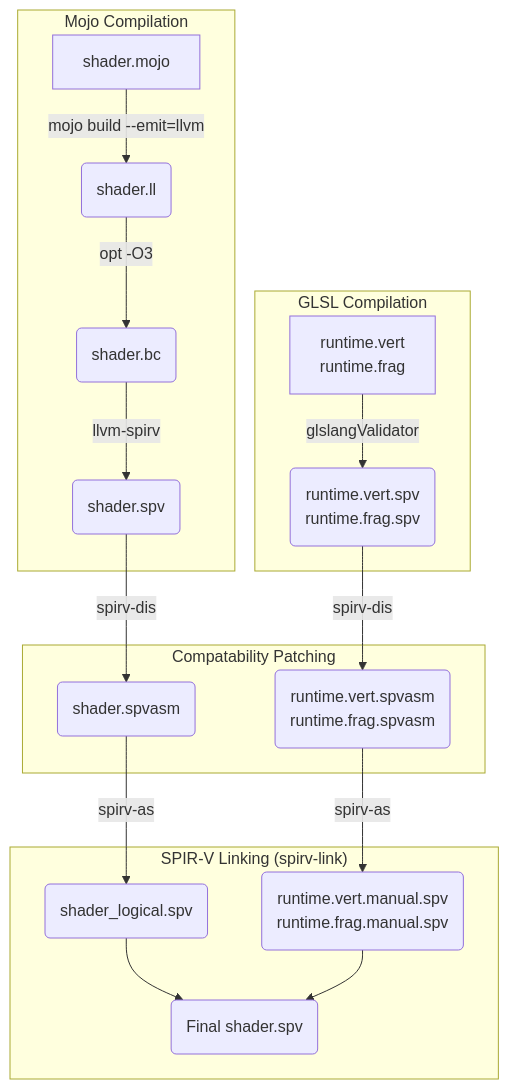
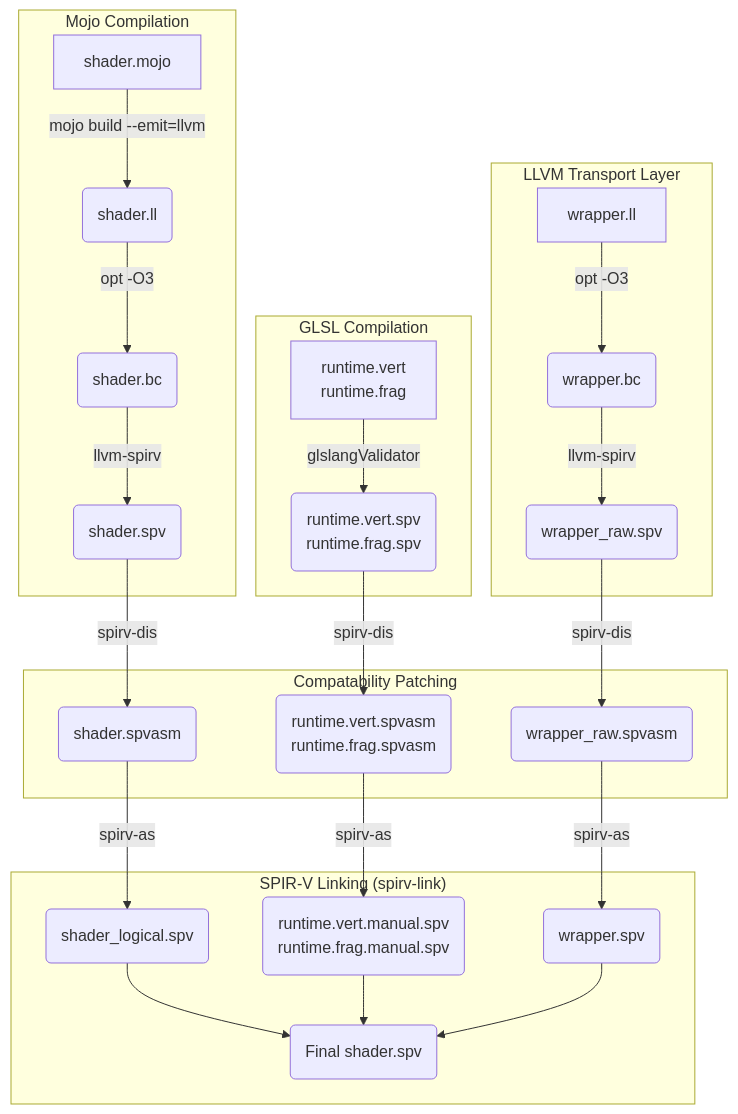
Before and after one commit to annhilati/tachyon: the diagram in tachyon-sdk-mojo/README.md, drawn with Mermaid. The commit also changed other lines of this file and 6 other files, not shown here.

````diff
--- a/tachyon-sdk-mojo/README.md
+++ b/tachyon-sdk-mojo/README.md
@@ -3,24 +3,32 @@
 ```mermaid
 flowchart TD
     subgraph Mojo ["Mojo Compilation"]
         M1[shader.mojo] -->|mojo build --emit=llvm| M2(shader.ll)
         M2 -->|opt -O3| M3(shader.bc)
         M3 -->|llvm-spirv| M4(shader.spv)
     end
 
+    subgraph Transport ["LLVM Transport Layer"]
+        T1[wrapper.ll] -->|opt -O3| T2(wrapper.bc)
+        T2 -->|llvm-spirv| T3(wrapper_raw.spv)
+    end
+
     subgraph GLSL ["GLSL Compilation"]
         R1[runtime.vert<br>runtime.frag] -->|glslangValidator| R2(runtime.vert.spv<br>runtime.frag.spv)
     end
-
+    
     subgraph Patching ["Compatability Patching"]
         M4 -->|spirv-dis| P1(shader.spvasm)
         R2 -->|spirv-dis| R3(runtime.vert.spvasm<br>runtime.frag.spvasm)
+        T3 -->|spirv-dis| P2(wrapper_raw.spvasm)
     end
     
     subgraph Linking ["SPIR-V Linking (spirv-link)"]
         P1 -->|spirv-as| L1(shader_logical.spv)
         R3 -->|spirv-as| L2(runtime.vert.manual.spv<br>runtime.frag.manual.spv)
+        P2 -->|spirv-as| L3(wrapper.spv)
         L1 --> LF(Final shader.spv)
         L2 --> LF
+        L3 --> LF
     end
 ```
````
